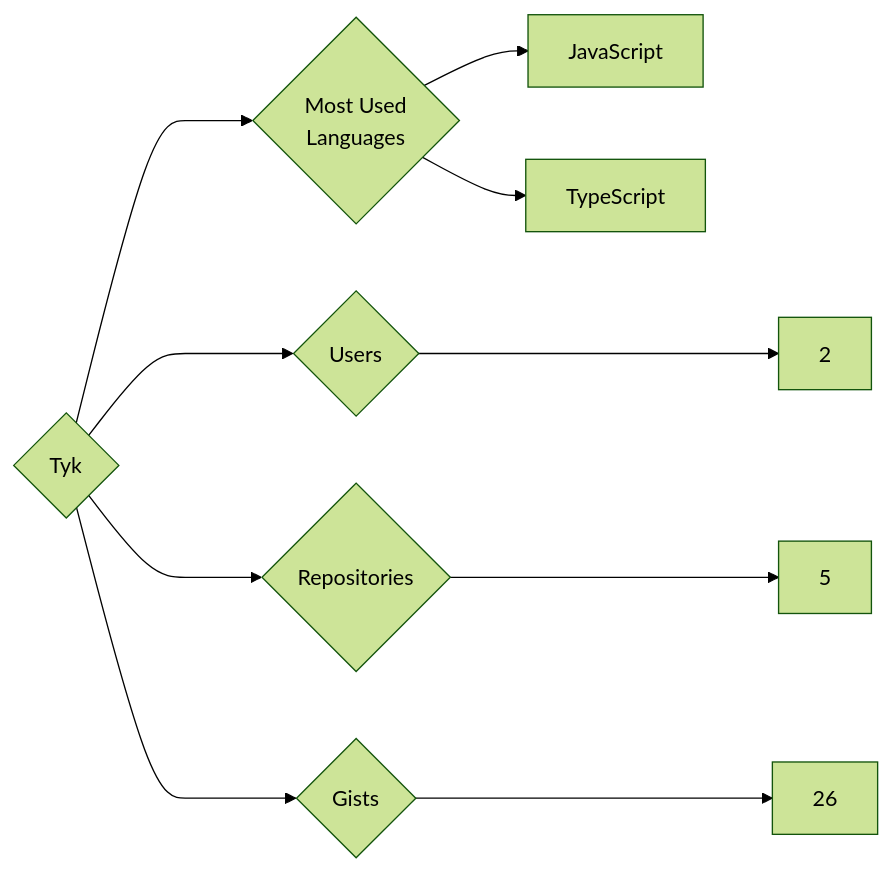
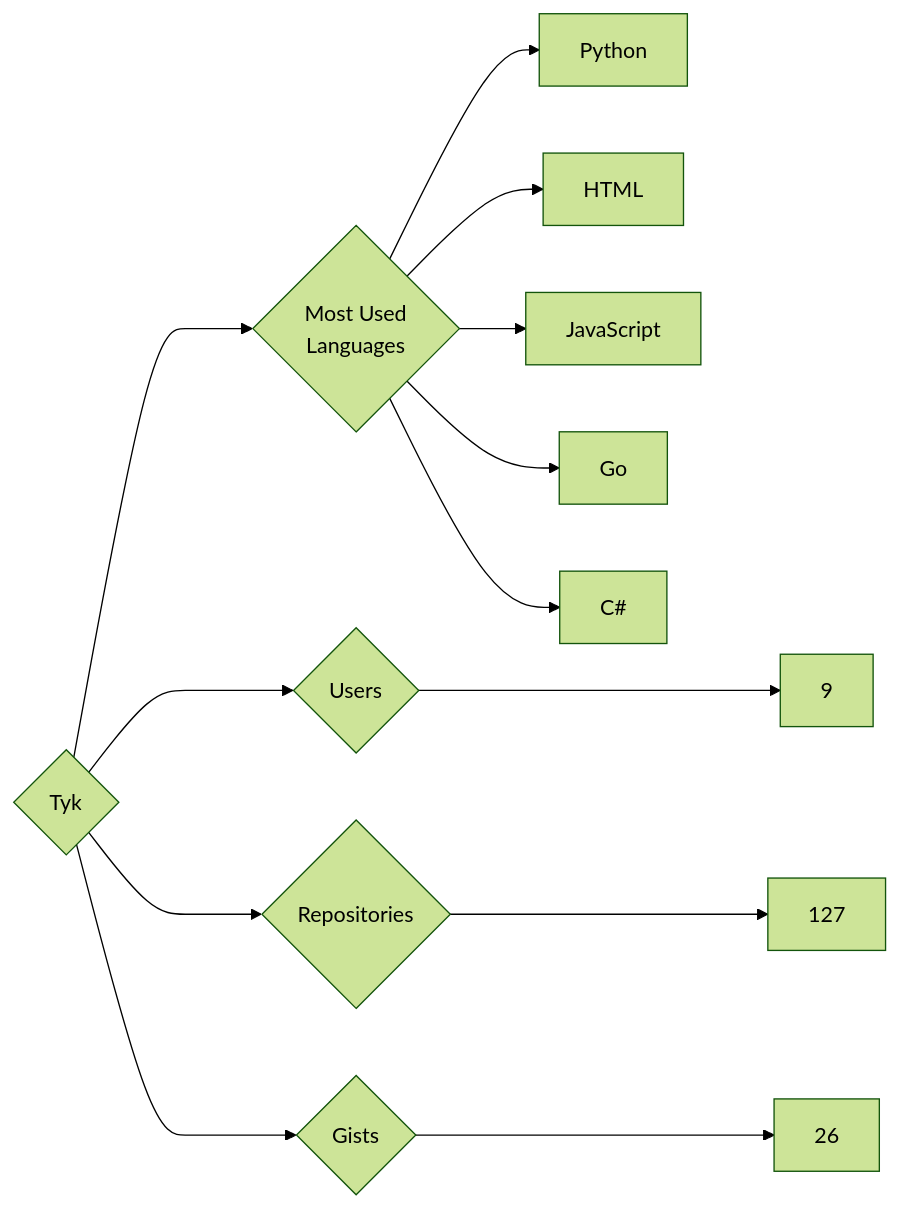
One commit to trickest/insiders changed the diagram in targets/Tyk/README.md. Above: the diagram before and after it, drawn with Mermaid (forest theme). The commit also changed 895 other files, not shown here.

````diff
--- a/targets/Tyk/README.md
+++ b/targets/Tyk/README.md
@@ -3,10 +3,13 @@
 ```mermaid
 graph LR
 COMPANY_NAME{Tyk}
-COMPANY_NAME ---> U{Users} ---> UN[2]
-COMPANY_NAME ---> R{Repositories} ---> RN[5]
+COMPANY_NAME ---> U{Users} ---> UN[9]
+COMPANY_NAME ---> R{Repositories} ---> RN[127]
 COMPANY_NAME ---> G{Gists} ---> GN[26]
 COMPANY_NAME ---> ML{Most Used<br>Languages}
+ML --> Python[Python]
+ML --> HTML[HTML]
 ML --> JavaScript[JavaScript]
-ML --> TypeScript[TypeScript]
+ML --> Go[Go]
+ML --> C#[C#]
 ```
````
